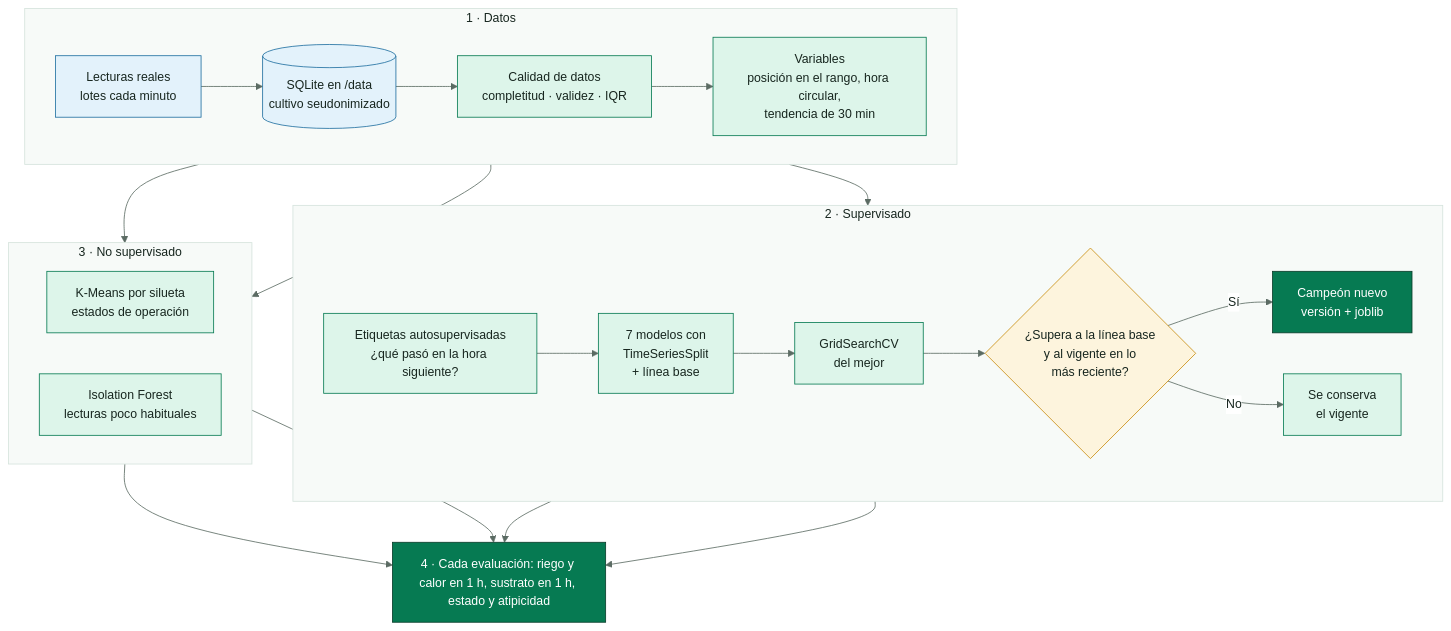
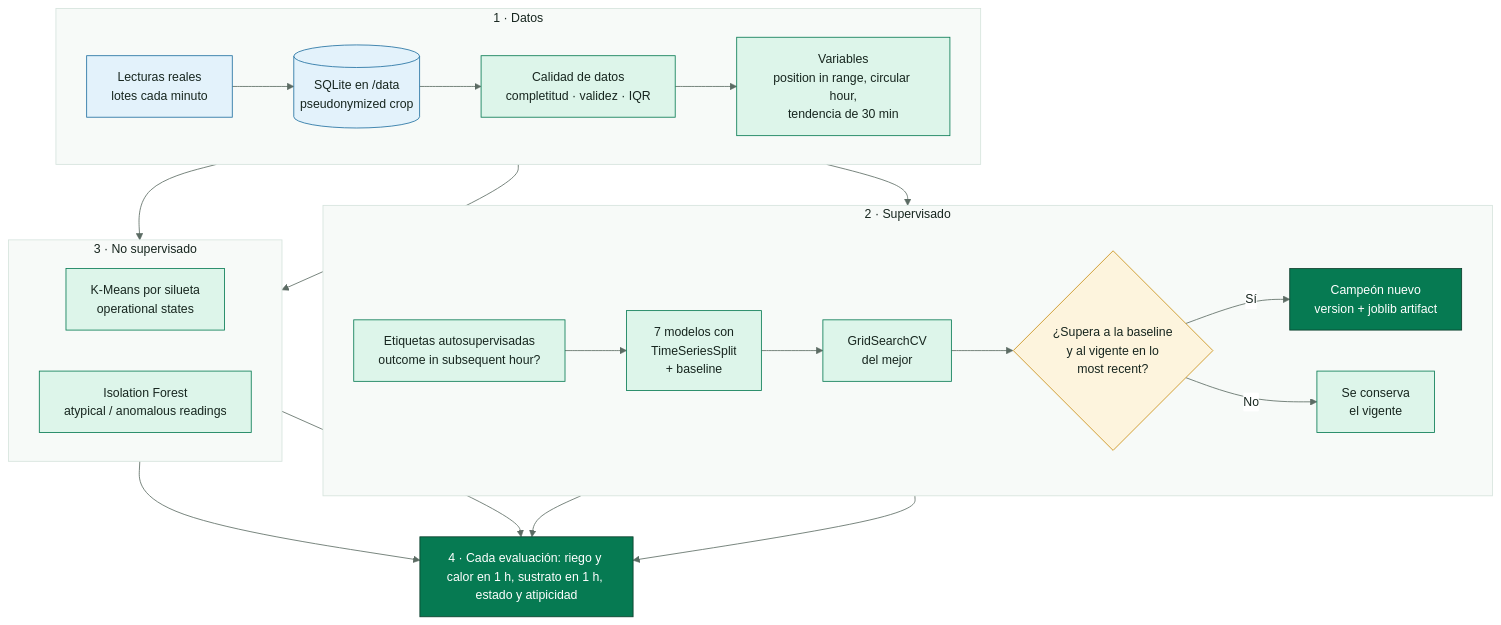
Before and after one commit to SmartPotTech/.github: the seventh of 14 diagrams in docs/SmartPot_Technical_Documentation.md, drawn with Mermaid. The commit also changed other lines of this file and 186 other files, not shown here.

Commit message:
docs(specs): synchronize 100% english organization documentation, diagrams, and formal deliverables

````diff
--- a/docs/SmartPot_Technical_Documentation.md
+++ b/docs/SmartPot_Technical_Documentation.md
@@ -879,39 +391,39 @@
 ```mermaid
 %%{init: {"theme": "base", "fontFamily": "Segoe UI, Arial, sans-serif", "themeVariables": {"fontFamily": "Segoe UI, Arial, sans-serif", "fontSize": "15px", "primaryColor": "#DDF5EA", "primaryTextColor": "#17261F", "primaryBorderColor": "#067A52", "secondaryColor": "#E3F2FB", "secondaryTextColor": "#17261F", "secondaryBorderColor": "#1F6FA0", "tertiaryColor": "#F2F7F4", "tertiaryTextColor": "#17261F", "tertiaryBorderColor": "#D5E3DC", "lineColor": "#5B6B63", "textColor": "#17261F", "mainBkg": "#DDF5EA", "nodeBorder": "#067A52", "clusterBkg": "#F7FAF8", "clusterBorder": "#D5E3DC", "edgeLabelBackground": "#FFFFFF", "actorBkg": "#067A52", "actorBorder": "#0B3D2B", "actorTextColor": "#FFFFFF", "actorLineColor": "#5B6B63", "signalColor": "#17261F", "signalTextColor": "#17261F", "labelBoxBkgColor": "#0B3D2B", "labelBoxBorderColor": "#0B3D2B", "labelTextColor": "#FFFFFF", "loopTextColor": "#0B3D2B", "noteBkgColor": "#FDF4DD", "noteBorderColor": "#C98D12", "noteTextColor": "#17261F", "activationBkgColor": "#DDF5EA", "activationBorderColor": "#067A52", "attributeBackgroundColorOdd": "#FFFFFF", "attributeBackgroundColorEven": "#F2F7F4"}}}%%
 flowchart TB
   subgraph prep["1 · Datos"]
     direction LR
-    lect["Lecturas reales<br/>lotes cada minuto"] --> alm[("SQLite en /data<br/>cultivo seudonimizado")]
+    lect["Lecturas reales<br/>lotes cada minuto"] --> alm[("SQLite en /data<br/>pseudonymized crop")]
     alm --> cal["Calidad de datos<br/>completitud · validez · IQR"]
-    cal --> var["Variables<br/>posición en el rango, hora circular,<br/>tendencia de 30 min"]
+    cal --> var["Variables<br/>position in range, circular hour,<br/>tendencia de 30 min"]
   end
   subgraph sup["2 · Supervisado"]
     direction LR
-    eti["Etiquetas autosupervisadas<br/>¿qué pasó en la hora siguiente?"] --> cv["7 modelos con<br/>TimeSeriesSplit<br/>+ línea base"]
+    eti["Etiquetas autosupervisadas<br/>outcome in subsequent hour?"] --> cv["7 modelos con<br/>TimeSeriesSplit<br/>+ baseline"]
     cv --> gs["GridSearchCV<br/>del mejor"]
-    gs --> cc{"¿Supera a la línea base<br/>y al vigente en lo<br/>más reciente?"}
-    cc -->|"Sí"| nuevo["Campeón nuevo<br/>versión + joblib"]
+    gs --> cc{"¿Supera a la baseline<br/>y al vigente en lo<br/>most recent?"}
+    cc -->|"Sí"| nuevo["Campeón nuevo<br/>version + joblib artifact"]
     cc -->|"No"| vig["Se conserva<br/>el vigente"]
   end
   subgraph nosup["3 · No supervisado"]
     direction LR
-    km["K-Means por silueta<br/>estados de operación"]
-    iso["Isolation Forest<br/>lecturas poco habituales"]
+    km["K-Means por silueta<br/>operational states"]
+    iso["Isolation Forest<br/>atypical / anomalous readings"]
   end
   var --> eti
   var --> km
   var --> iso
   inf["4 · Cada evaluación: riego y calor en 1 h, sustrato en 1 h, estado y atipicidad"]
   nuevo --> inf
   vig --> inf
   km --> inf
   iso --> inf
   classDef data fill:#E3F2FB,stroke:#1F6FA0,color:#17261F
   classDef step fill:#DDF5EA,stroke:#067A52,color:#17261F
   classDef ask fill:#FDF4DD,stroke:#C98D12,color:#17261F
   classDef out fill:#067A52,stroke:#0B3D2B,color:#FFFFFF
   class lect,alm data
   class cal,var,eti,cv,gs,km,iso,vig step
   class cc ask
   class nuevo,inf out
 ```
````
